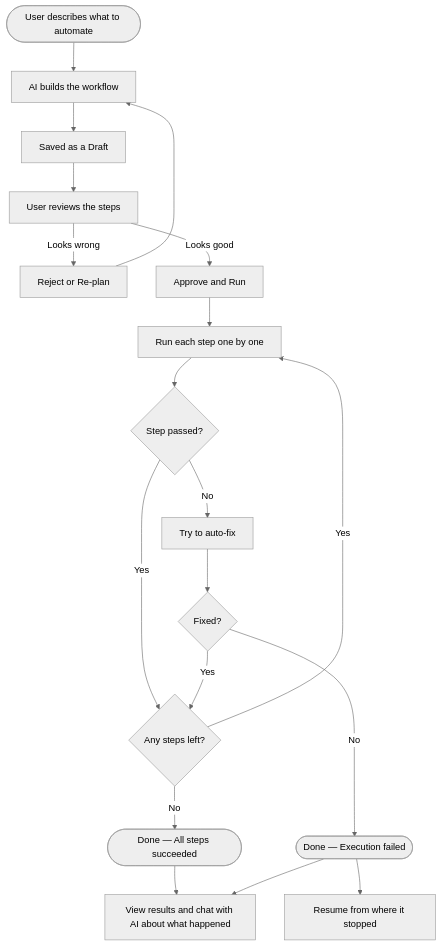
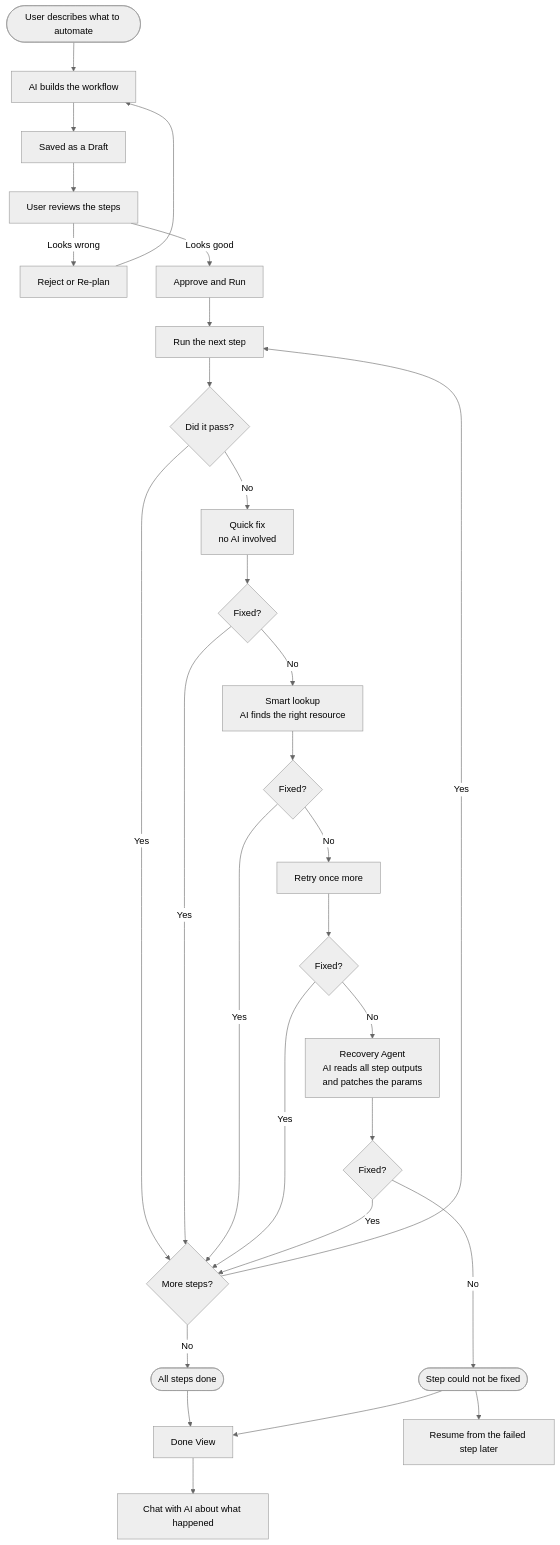
Before and after one commit to KompallyAkhil/FlowForge: the diagram in README.md, drawn with Mermaid (neutral theme).

Commit message:
feat: enhance execution flow diagram with improved step handling and recovery options

````diff
--- a/README.md
+++ b/README.md
@@ -84,26 +84,36 @@
 ```mermaid
 flowchart TD
     A([User describes what to automate]) --> B[AI builds the workflow]
     B --> C[Saved as a Draft]
     C --> D[User reviews the steps]
 
     D -- Looks wrong --> E[Reject or Re-plan]
     E --> B
 
     D -- Looks good --> F[Approve and Run]
-    F --> G[Run each step one by one]
+    F --> G[Run the next step]
 
-    G --> H{Step passed?}
-    H -- Yes --> I{Any steps left?}
+    G --> H{Did it pass?}
+    H -- Yes --> I{More steps?}
     I -- Yes --> G
-    I -- No --> J([Done — All steps succeeded])
+    I -- No --> SUCCESS([All steps done])
 
-    H -- No --> K[Try to auto-fix]
-    K --> L{Fixed?}
-    L -- Yes --> I
-    L -- No --> M([Done — Execution failed])
+    H -- No --> R1[Quick fix\nno AI involved]
+    R1 --> R1C{Fixed?}
+    R1C -- Yes --> I
+    R1C -- No --> R2[Smart lookup\nAI finds the right resource]
+    R2 --> R2C{Fixed?}
+    R2C -- Yes --> I
+    R2C -- No --> R3[Retry once more]
+    R3 --> R3C{Fixed?}
+    R3C -- Yes --> I
+    R3C -- No --> R4[Recovery Agent\nAI reads all step outputs\nand patches the params]
+    R4 --> R4C{Fixed?}
+    R4C -- Yes --> I
+    R4C -- No --> FAIL([Step could not be fixed])
 
-    J --> N[View results and chat with AI about what happened]
-    M --> N
-    M --> O[Resume from where it stopped]
+    SUCCESS --> DONE[Done View]
+    FAIL --> DONE
+    DONE --> CHAT[Chat with AI about what happened]
+    FAIL --> RESUME[Resume from the failed step later]
 ```
````
